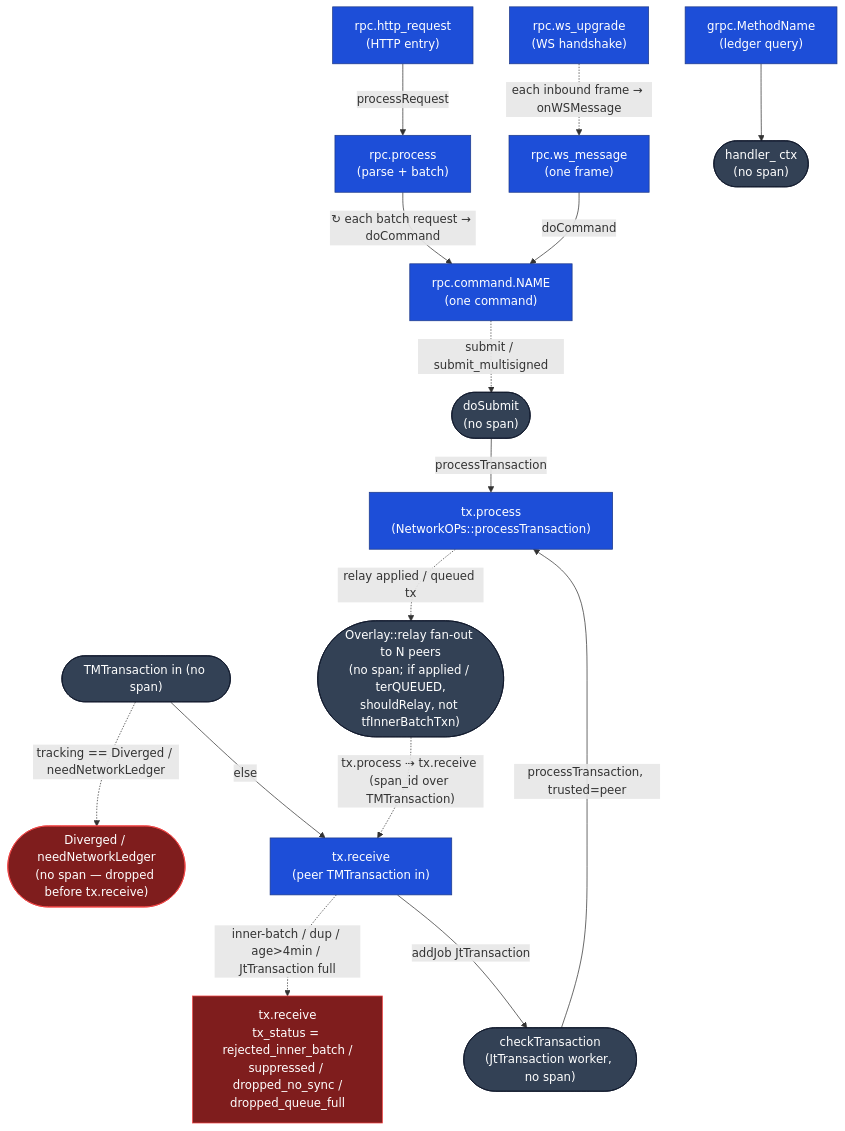
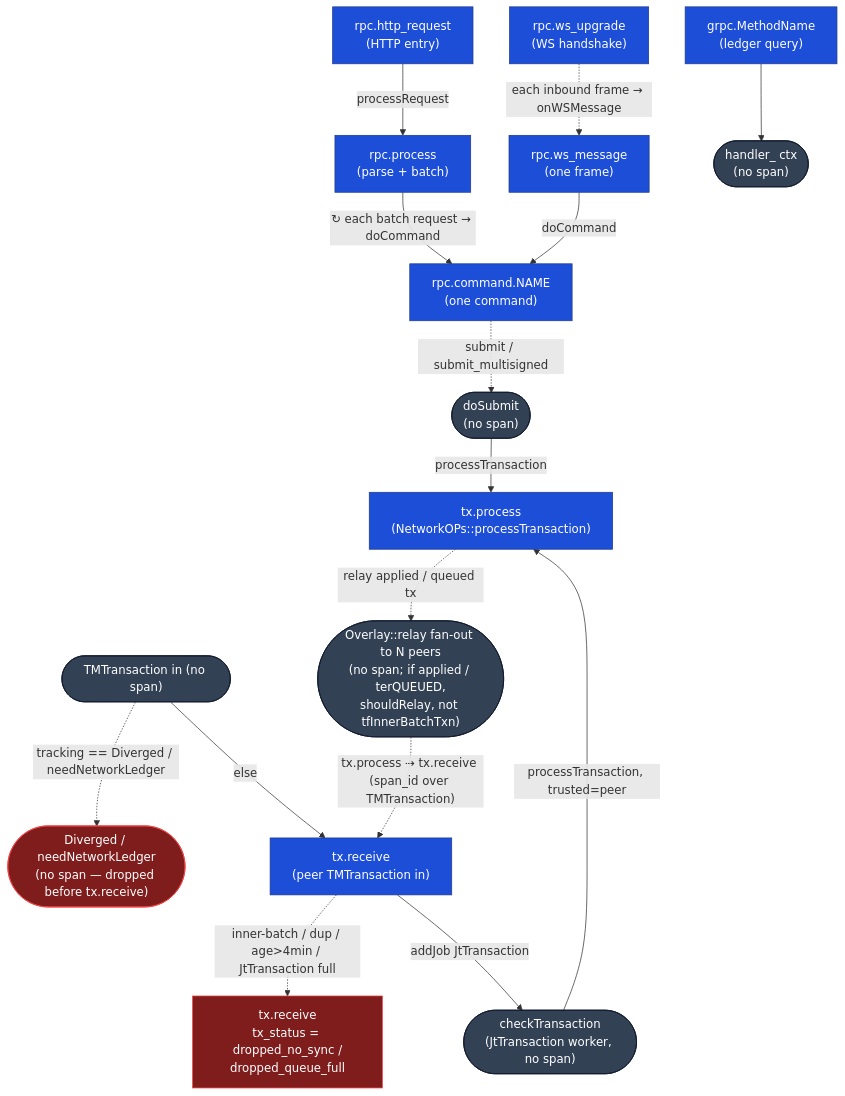
The second of 10 diagrams in docs/telemetry-runbook.md (XRPLF/rippled), drawn with Mermaid before and after one commit. The commit also changed 2 other files, not shown here.

Commit message:
fix(telemetry): drop the remaining suppressed dimensions and diagram values
Alloy and the Grafana Cloud collector still declared a spanmetrics dimension
for an attribute tx.receive no longer sets, which only widens the label set.
The runbook's drop-path diagram still listed two tx_status values that no
longer exist, because the paths that set them now run before the span starts.

````diff
--- a/docs/telemetry-runbook.md
+++ b/docs/telemetry-runbook.md
@@ -573,39 +573,39 @@
 ```mermaid
 flowchart TB
     classDef span fill:#1d4ed8,stroke:#1e3a8a,color:#fff;
     classDef plain fill:#334155,stroke:#0f172a,color:#fff;
     classDef drop fill:#7f1d1d,stroke:#ef4444,color:#fff;
 
     HTTP["rpc.http_request<br/>(HTTP entry)"]:::span
     PROC["rpc.process<br/>(parse + batch)"]:::span
     CMD["rpc.command.NAME<br/>(one command)"]:::span
     WSU["rpc.ws_upgrade<br/>(WS handshake)"]:::span
     WSM["rpc.ws_message<br/>(one frame)"]:::span
     GRPC["grpc.MethodName<br/>(ledger query)"]:::span
     GH(["handler_ ctx<br/>(no span)"]):::plain
     SUBMIT(["doSubmit<br/>(no span)"]):::plain
     TXP["tx.process<br/>(NetworkOPs::processTransaction)"]:::span
     RELAYOUT(["Overlay::relay fan-out to N peers<br/>(no span; if applied / terQUEUED,<br/>shouldRelay, not tfInnerBatchTxn)"]):::plain
     PREDROP(["Diverged / needNetworkLedger<br/>(no span — dropped before tx.receive)"]):::drop
     RCV["tx.receive<br/>(peer TMTransaction in)"]:::span
-    RCVDROP["tx.receive<br/>tx_status = rejected_inner_batch /<br/>suppressed / dropped_no_sync /<br/>dropped_queue_full"]:::drop
+    RCVDROP["tx.receive<br/>tx_status = dropped_no_sync /<br/>dropped_queue_full"]:::drop
     CHK(["checkTransaction<br/>(JtTransaction worker, no span)"]):::plain
     PRELAY_IN(["TMTransaction in (no span)"]):::plain
 
     HTTP -->|processRequest| PROC
     PROC -->|↻ each batch request → doCommand| CMD
     WSU -. "each inbound frame → onWSMessage" .-> WSM
     WSM -->|doCommand| CMD
     GRPC --> GH
     CMD -.->|submit / submit_multisigned| SUBMIT
     SUBMIT -->|processTransaction| TXP
     TXP -.->|relay applied / queued tx| RELAYOUT
 
     PRELAY_IN -.->|tracking == Diverged / needNetworkLedger| PREDROP
     PRELAY_IN -->|else| RCV
     RCV -.->|inner-batch / dup / age>4min / JtTransaction full| RCVDROP
     RCV -->|addJob JtTransaction| CHK
     CHK -->|processTransaction, trusted=peer| TXP
 
     RELAYOUT -. "tx.process ⇢ tx.receive (span_id over TMTransaction)" .-> RCV
 ```
````
